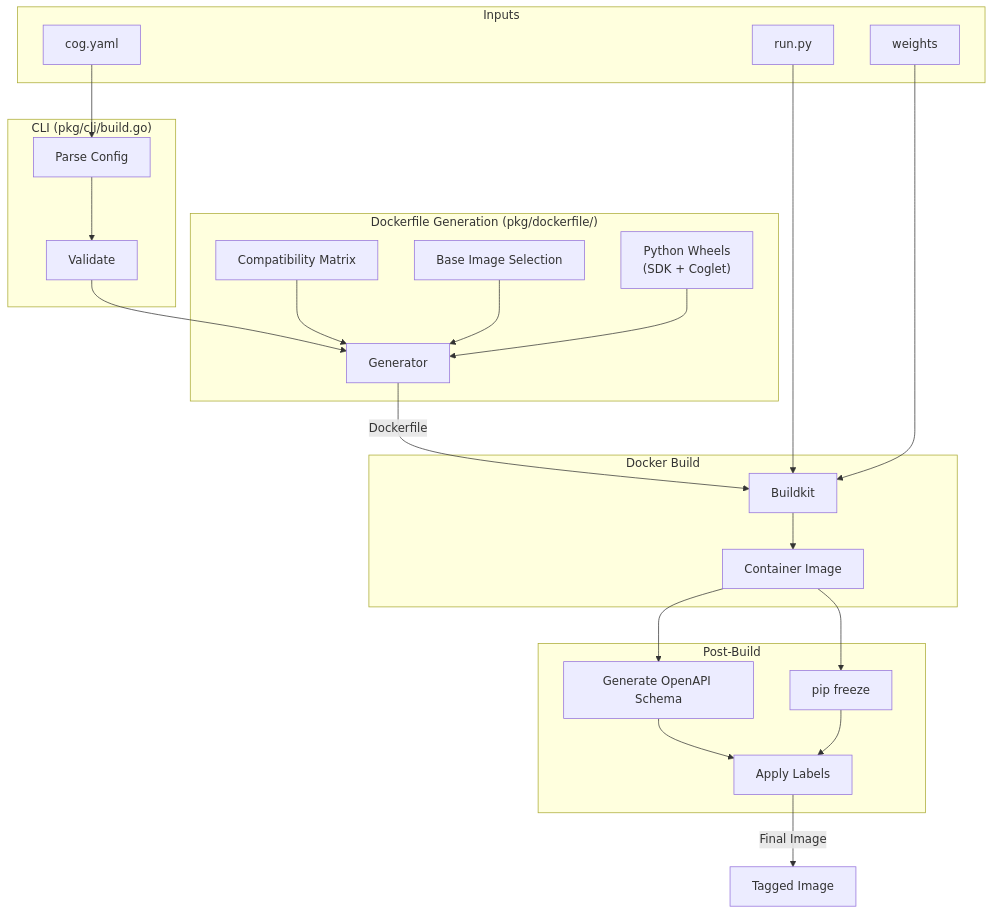
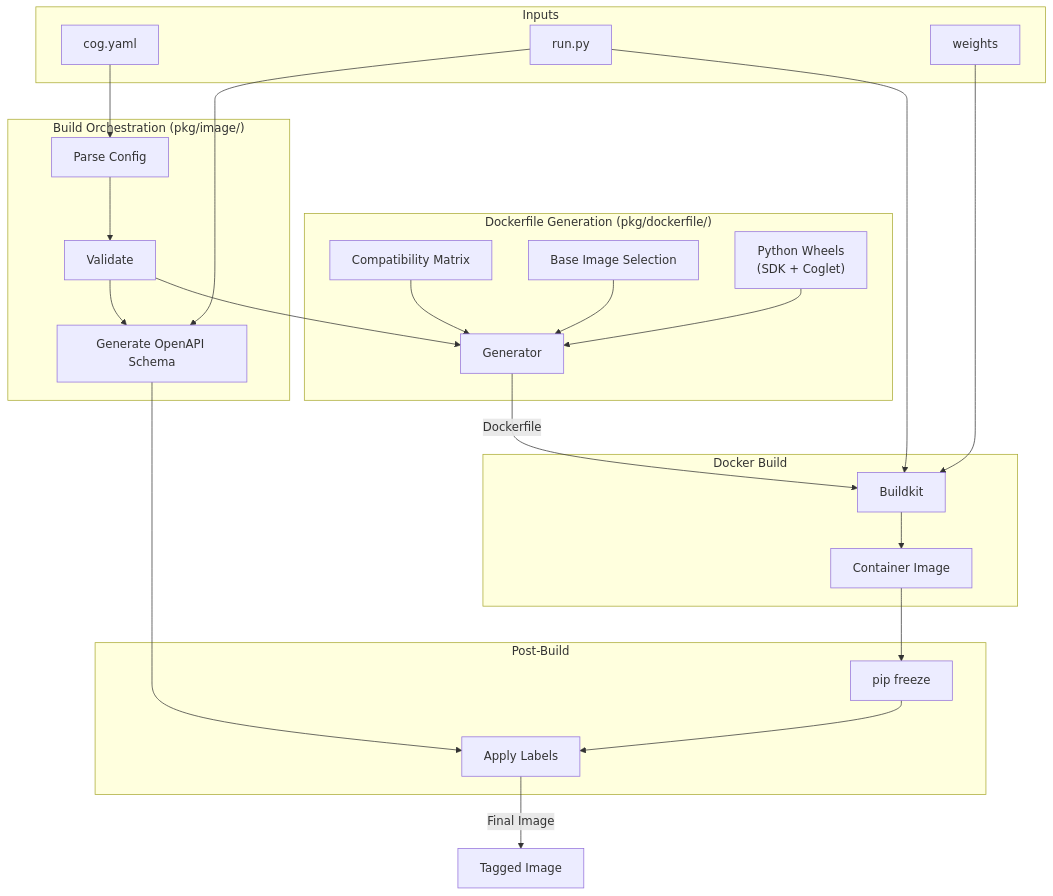
The first of 5 diagrams in architecture/05-build-system.md (replicate/cog), drawn with Mermaid before and after one commit. The commit also changed 20 other files, not shown here.

````diff
--- a/architecture/05-build-system.md
+++ b/architecture/05-build-system.md
@@ -7,46 +7,46 @@
 ```mermaid
 flowchart TB
     subgraph input["Inputs"]
         yaml["cog.yaml"]
         code["run.py"]
         weights["weights"]
     end
 
-    subgraph cli["CLI (pkg/cli/build.go)"]
+    subgraph cli["Build Orchestration (pkg/image/)"]
         parse["Parse Config"]
         validate["Validate"]
+        schema["Generate OpenAPI Schema"]
     end
 
     subgraph generate["Dockerfile Generation (pkg/dockerfile/)"]
         generator["Generator"]
         baseimage["Base Image Selection"]
         compat["Compatibility Matrix"]
         wheel["Python Wheels<br/>(SDK + Coglet)"]
     end
 
     subgraph docker["Docker Build"]
         buildkit["Buildkit"]
         image["Container Image"]
     end
 
     subgraph post["Post-Build"]
-        schema["Generate OpenAPI Schema"]
         freeze["pip freeze"]
         labels["Apply Labels"]
     end
 
-    yaml --> parse --> validate
+    yaml --> parse --> validate --> schema
+    code --> schema
     validate --> generator
     compat --> generator
     baseimage --> generator
     wheel --> generator
     generator -->|"Dockerfile"| buildkit
     code --> buildkit
     weights --> buildkit
     buildkit --> image
-    image --> schema
     image --> freeze
     schema --> labels
     freeze --> labels
     labels -->|"Final Image"| output["Tagged Image"]
 ```
````
